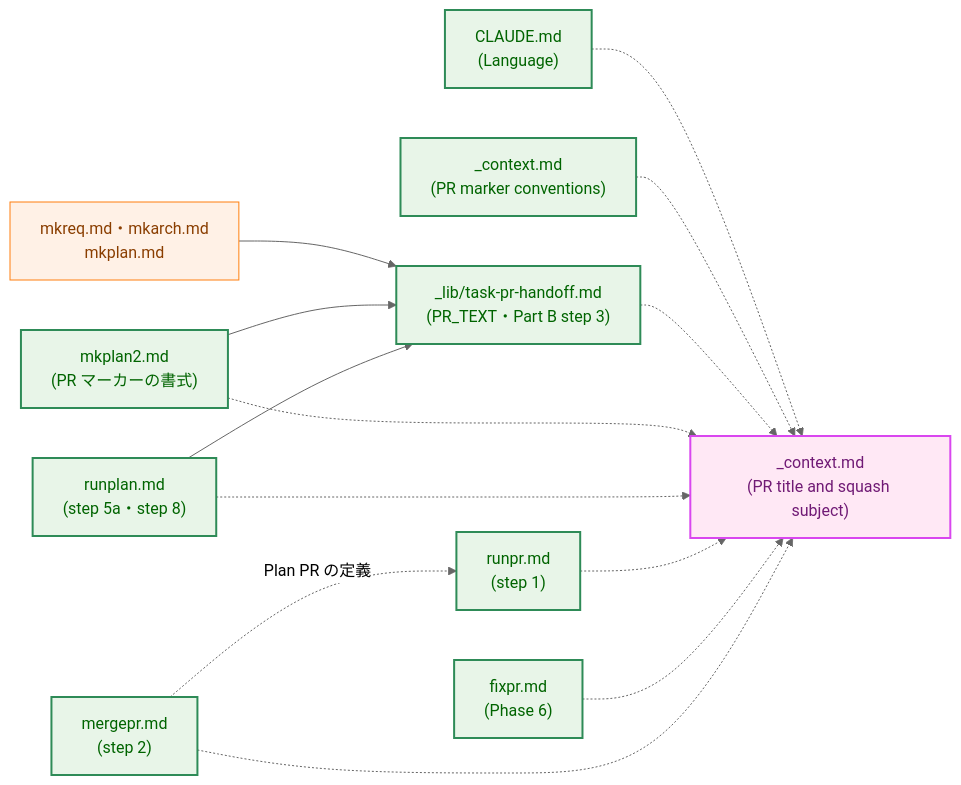
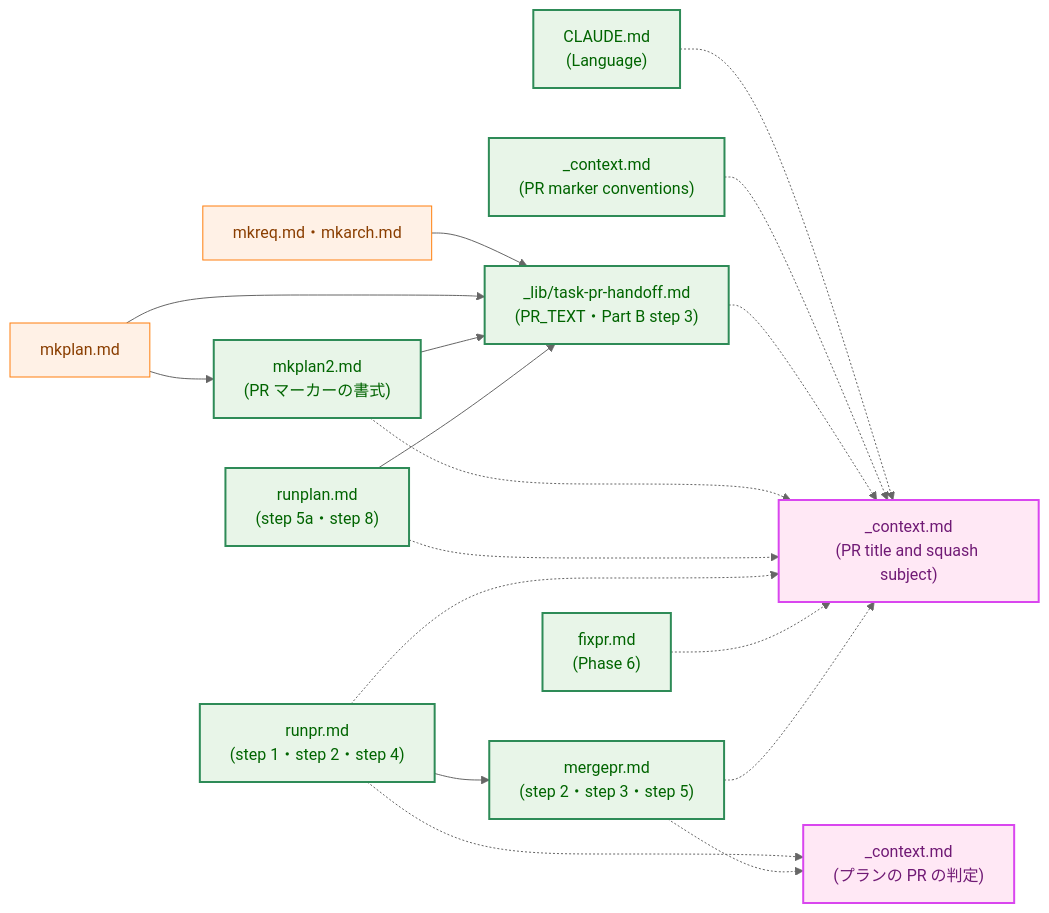
The third of 11 diagrams in docs/tasks/0032_japanese_pr_title/02_architecture.md (isseis/yt2column), drawn with Mermaid (neutral theme) before and after one commit. The commit also changed other lines of this file, not shown here.

First line of the commit message:
docs(0032): address the architecture review and prose pass

````diff
--- a/docs/tasks/0032_japanese_pr_title/02_architecture.md
+++ b/docs/tasks/0032_japanese_pr_title/02_architecture.md
@@ -109,34 +113,40 @@
 ```mermaid
 flowchart LR
     classDef process fill:#fff1e6,stroke:#ff7f0e,stroke-width:1px,color:#8a3e00;
     classDef enhanced fill:#e8f5e8,stroke:#2e8b57,stroke-width:2px,color:#006400;
     classDef newpkg fill:#ffe8f5,stroke:#d946ef,stroke-width:2px,color:#701a75;
 
     CLAUDE["CLAUDE.md<br>(Language)"]
     CTXT["_context.md<br>(PR title and squash subject)"]
+    CTXP["_context.md<br>(プランの PR の判定)"]
     CTXM["_context.md<br>(PR marker conventions)"]
     HAND["_lib/task-pr-handoff.md<br>(PR_TEXT・Part B step 3)"]
-    MKS["mkreq.md・mkarch.md<br>mkplan.md"]
+    MKS["mkreq.md・mkarch.md"]
+    MKP["mkplan.md"]
     MK2["mkplan2.md<br>(PR マーカーの書式)"]
     RPL["runplan.md<br>(step 5a・step 8)"]
-    RPR["runpr.md<br>(step 1)"]
+    RPR["runpr.md<br>(step 1・step 2・step 4)"]
     FIX["fixpr.md<br>(Phase 6)"]
-    MRG["mergepr.md<br>(step 2)"]
+    MRG["mergepr.md<br>(step 2・step 3・step 5)"]
 
     CLAUDE -.-> CTXT
     CTXM -.-> CTXT
     HAND -.-> CTXT
     MKS --> HAND
+    MKP --> HAND
+    MKP --> MK2
     MK2 --> HAND
     MK2 -.-> CTXT
     RPL --> HAND
     RPL -.-> CTXT
     RPR -.-> CTXT
+    RPR -.-> CTXP
+    RPR --> MRG
     FIX -.-> CTXT
     MRG -.-> CTXT
-    MRG -.->|"Plan PR の定義"| RPR
+    MRG -.-> CTXP
 
-    class CTXT newpkg
+    class CTXT,CTXP newpkg
     class CLAUDE,CTXM,HAND,MK2,RPL,RPR,FIX,MRG enhanced
-    class MKS process
+    class MKS,MKP process
 ```
````
